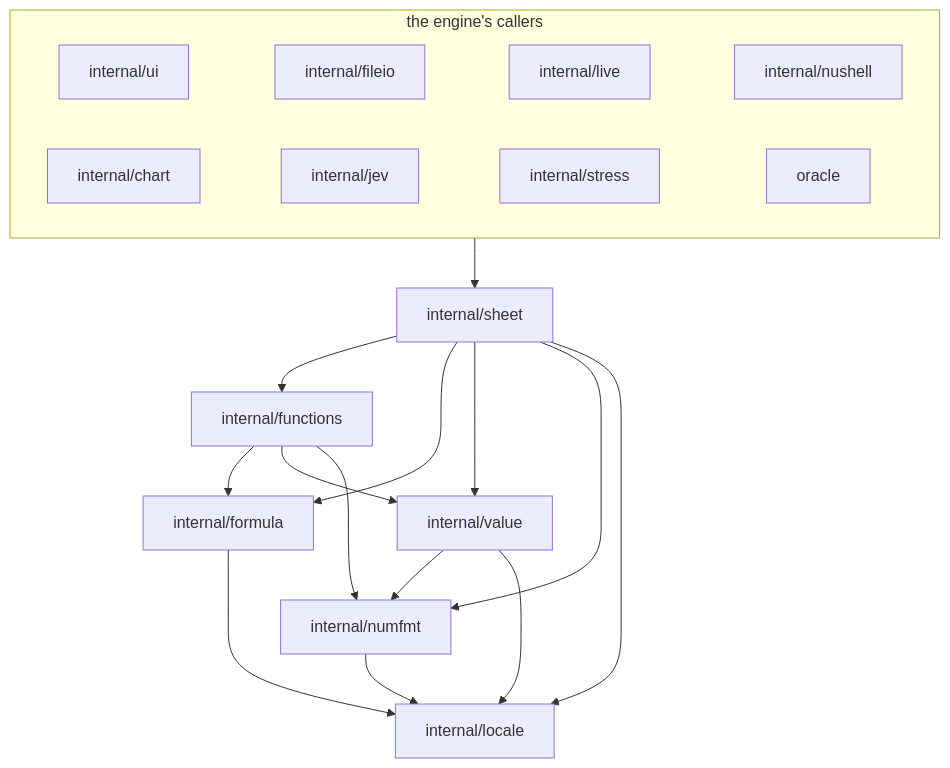
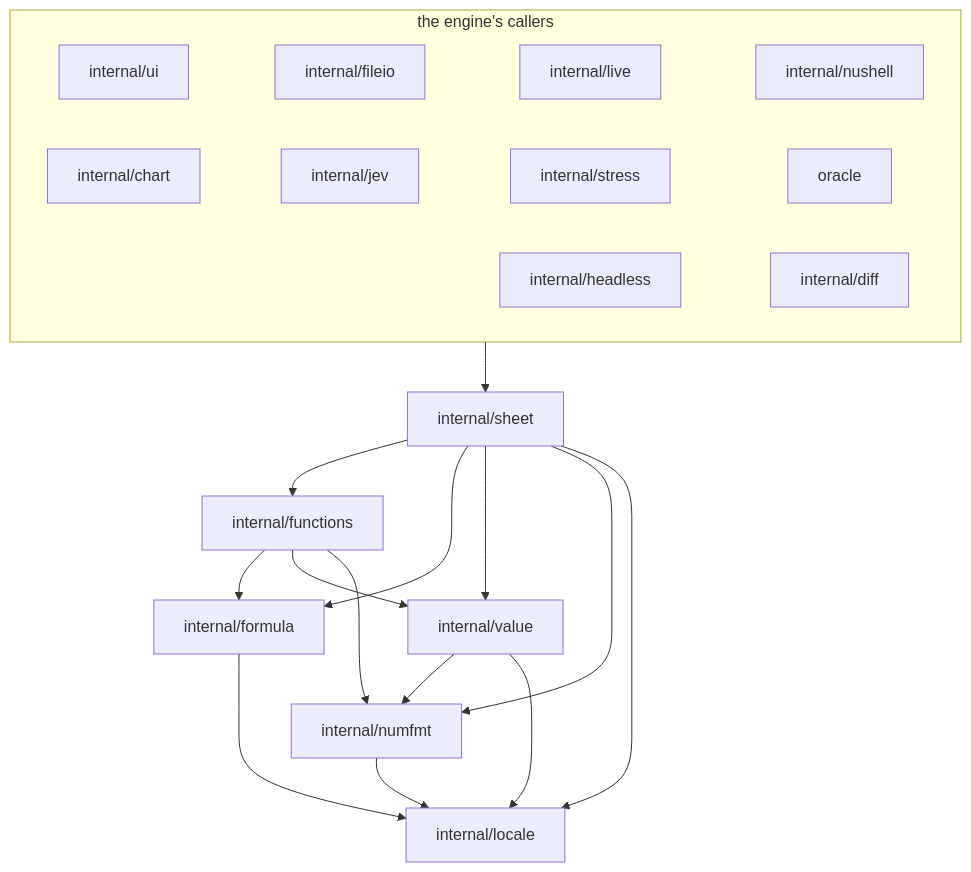
Before and after one commit to FelineStateMachine/012: the first of 6 diagrams in docs/contributing/architecture.md, drawn with Mermaid. The commit also changed other lines of this file and 10 other files, not shown here.

````diff
--- a/docs/contributing/architecture.md
+++ b/docs/contributing/architecture.md
@@ -64,21 +66,22 @@
 ```mermaid
 flowchart TD
   subgraph callers [the engine's callers]
     direction LR
     ui[internal/ui] ~~~ fileio[internal/fileio] ~~~ live[internal/live] ~~~ nushell[internal/nushell]
     chart[internal/chart] ~~~ jev[internal/jev] ~~~ stress[internal/stress] ~~~ oracle[oracle]
+    headless[internal/headless] ~~~ diff[internal/diff]
   end
   callers --> sheet[internal/sheet]
   sheet --> functions[internal/functions]
   sheet --> formula[internal/formula]
   sheet --> value[internal/value]
   sheet --> numfmt[internal/numfmt]
   sheet --> locale[internal/locale]
   functions --> formula
   functions --> value
   functions --> numfmt
   value --> numfmt
   value --> locale
   formula --> locale
   numfmt --> locale
 ```
````
